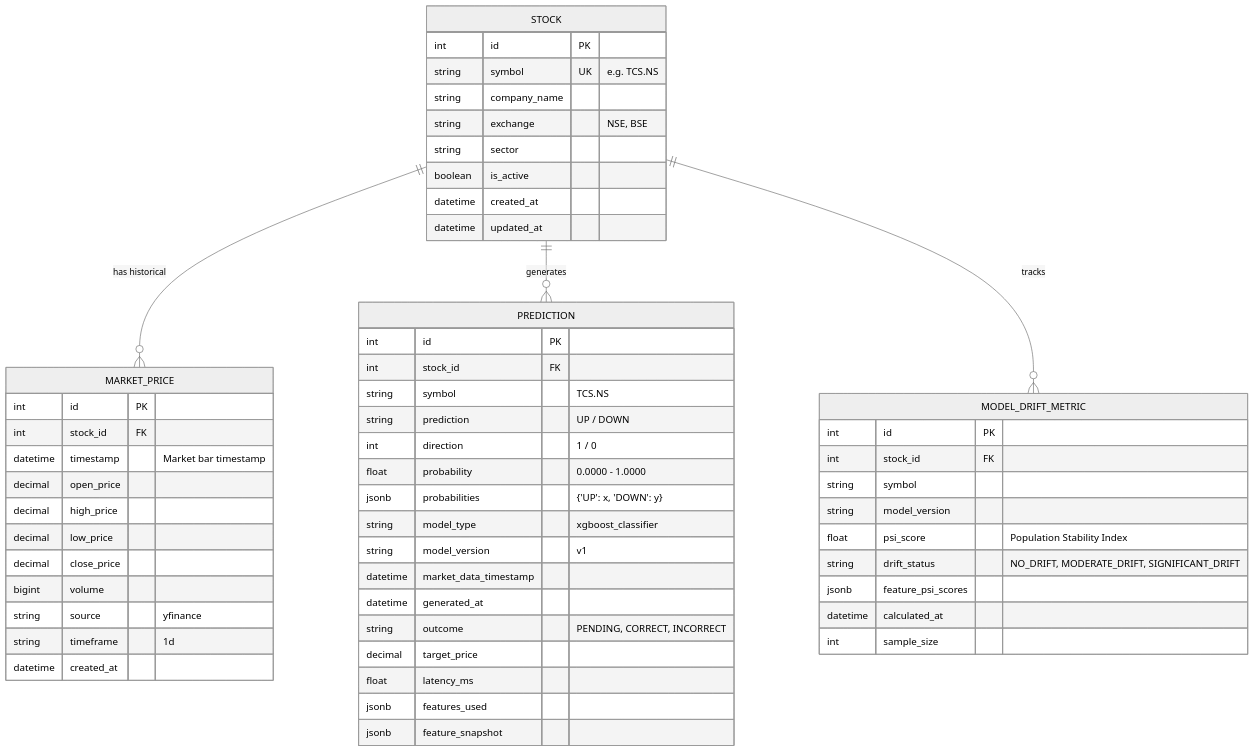
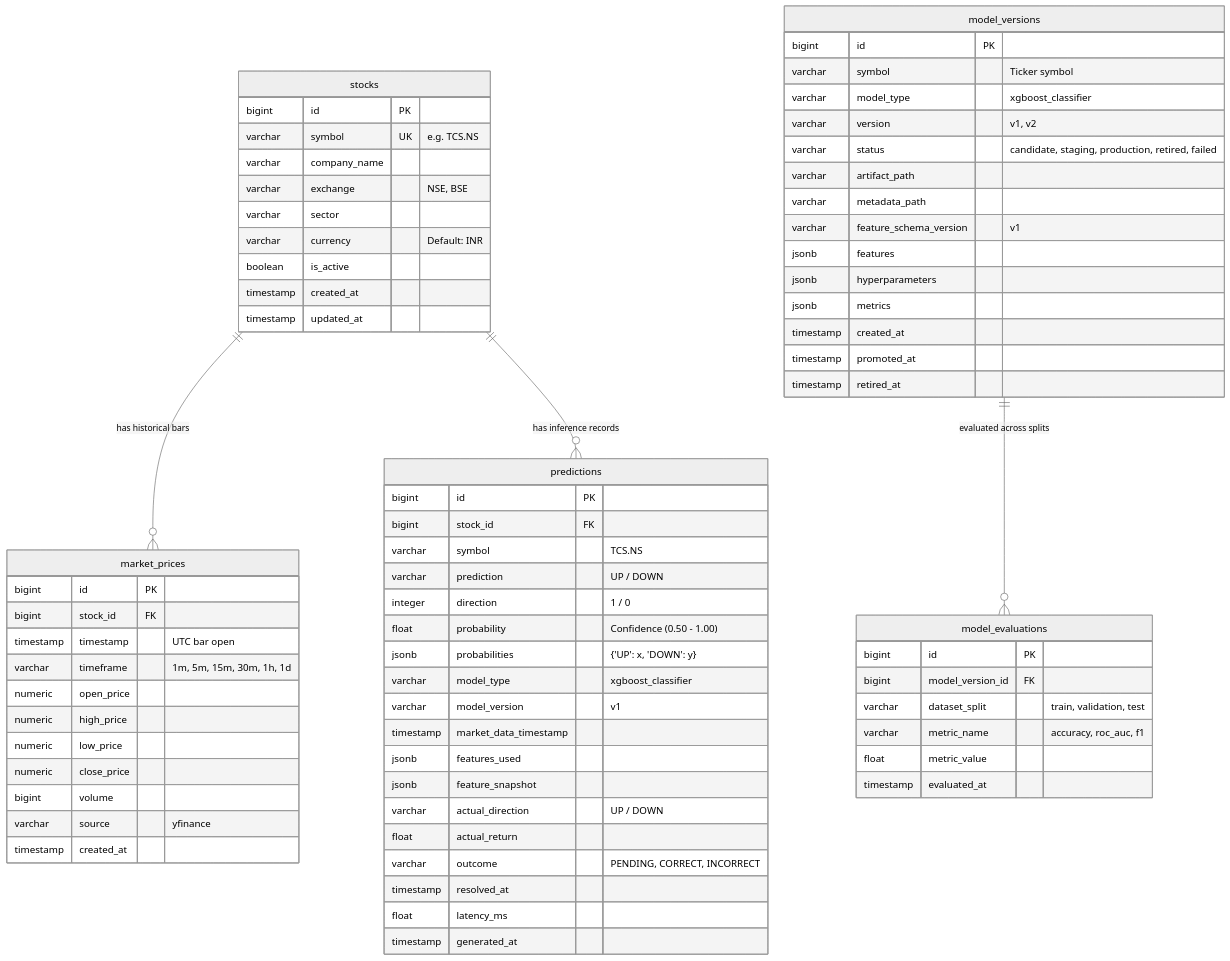
Before and after one commit to sumit-1299/enterprise-stock-prediction: the fifth of 5 diagrams in docs/ARCHITECTURE.md, drawn with Mermaid (neutral theme). The commit also changed other lines of this file and 11 other files, not shown here.

````diff
--- a/docs/ARCHITECTURE.md
+++ b/docs/ARCHITECTURE.md
@@ -226,62 +226,79 @@
 ```mermaid
 erDiagram
-    STOCK ||--o{ MARKET_PRICE : "has historical"
-    STOCK ||--o{ PREDICTION : "generates"
-    STOCK ||--o{ MODEL_DRIFT_METRIC : "tracks"
+    stocks ||--o{ market_prices : "has historical bars"
+    stocks ||--o{ predictions : "has inference records"
+    model_versions ||--o{ model_evaluations : "evaluated across splits"
 
-    STOCK {
-        int id PK
-        string symbol UK "e.g. TCS.NS"
-        string company_name
-        string exchange "NSE, BSE"
-        string sector
+    stocks {
+        bigint id PK
+        varchar symbol UK "e.g. TCS.NS"
+        varchar company_name
+        varchar exchange "NSE, BSE"
+        varchar sector
+        varchar currency "Default: INR"
         boolean is_active
-        datetime created_at
-        datetime updated_at
+        timestamp created_at
+        timestamp updated_at
     }
 
-    MARKET_PRICE {
-        int id PK
-        int stock_id FK
-        datetime timestamp "Market bar timestamp"
-        decimal open_price
-        decimal high_price
-        decimal low_price
-        decimal close_price
+    market_prices {
+        bigint id PK
+        bigint stock_id FK
+        timestamp timestamp "UTC bar open"
+        varchar timeframe "1m, 5m, 15m, 30m, 1h, 1d"
+        numeric open_price
+        numeric high_price
+        numeric low_price
+        numeric close_price
         bigint volume
-        string source "yfinance"
-        string timeframe "1d"
-        datetime created_at
+        varchar source "yfinance"
+        timestamp created_at
     }
 
-    PREDICTION {
-        int id PK
-        int stock_id FK
-        string symbol "TCS.NS"
-        string prediction "UP / DOWN"
-        int direction "1 / 0"
-        float probability "0.0000 - 1.0000"
+    predictions {
+        bigint id PK
+        bigint stock_id FK
+        varchar symbol "TCS.NS"
+        varchar prediction "UP / DOWN"
+        integer direction "1 / 0"
+        float probability "Confidence (0.50 - 1.00)"
         jsonb probabilities "{'UP': x, 'DOWN': y}"
-        string model_type "xgboost_classifier"
-        string model_version "v1"
-        datetime market_data_timestamp
-        datetime generated_at
-        string outcome "PENDING, CORRECT, INCORRECT"
-        decimal target_price
-        float latency_ms
+        varchar model_type "xgboost_classifier"
+        varchar model_version "v1"
+        timestamp market_data_timestamp
         jsonb features_used
         jsonb feature_snapshot
+        varchar actual_direction "UP / DOWN"
+        float actual_return
+        varchar outcome "PENDING, CORRECT, INCORRECT"
+        timestamp resolved_at
+        float latency_ms
+        timestamp generated_at
     }
 
-    MODEL_DRIFT_METRIC {
-        int id PK
-        int stock_id FK
-        string symbol
-        string model_version
-        float psi_score "Population Stability Index"
-        string drift_status "NO_DRIFT, MODERATE_DRIFT, SIGNIFICANT_DRIFT"
-        jsonb feature_psi_scores
-        datetime calculated_at
-        int sample_size
+    model_versions {
+        bigint id PK
+        varchar symbol "Ticker symbol"
+        varchar model_type "xgboost_classifier"
+        varchar version "v1, v2"
+        varchar status "candidate, staging, production, retired, failed"
+        varchar artifact_path
+        varchar metadata_path
+        varchar feature_schema_version "v1"
+        jsonb features
+        jsonb hyperparameters
+        jsonb metrics
+        timestamp created_at
+        timestamp promoted_at
+        timestamp retired_at
+    }
+
+    model_evaluations {
+        bigint id PK
+        bigint model_version_id FK
+        varchar dataset_split "train, validation, test"
+        varchar metric_name "accuracy, roc_auc, f1"
+        float metric_value
+        timestamp evaluated_at
     }
 ```
````
